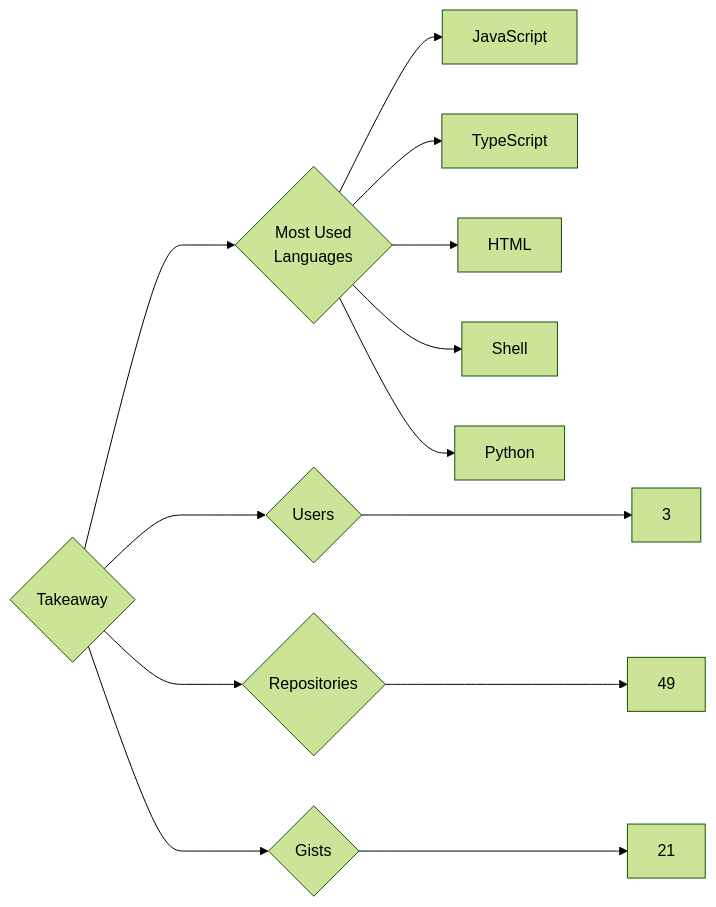
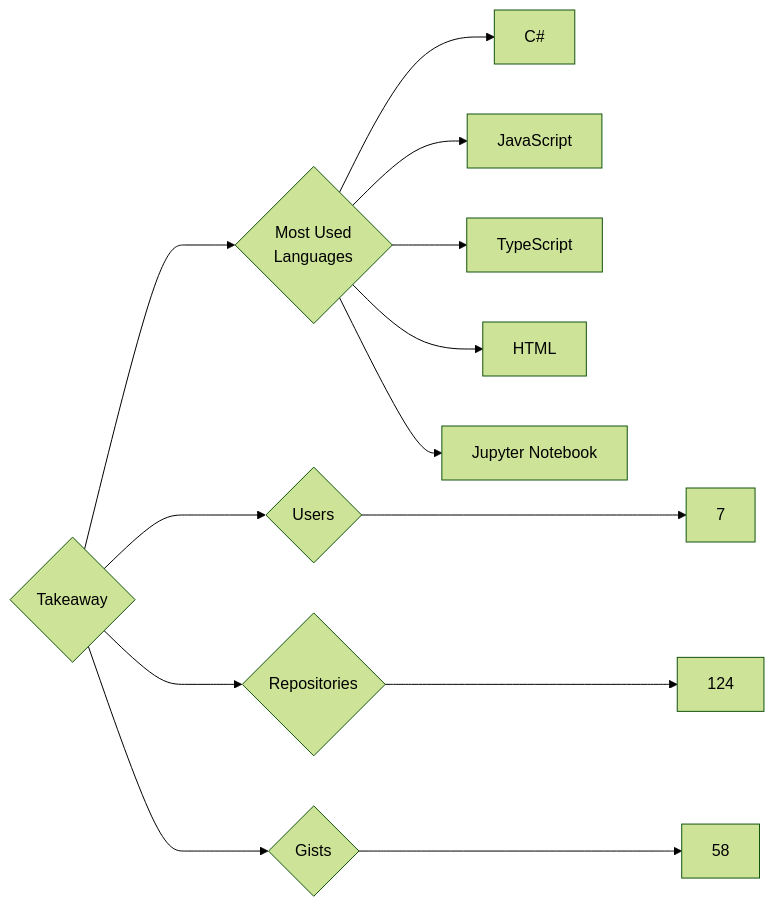
One commit to trickest/insiders changed the diagram in targets/Takeaway/README.md. Above: the diagram before and after it, drawn with Mermaid (forest theme). The commit also changed 799 other files, not shown here.

````diff
--- a/targets/Takeaway/README.md
+++ b/targets/Takeaway/README.md
@@ -3,13 +3,13 @@
 ```mermaid
 graph LR
 COMPANY_NAME{Takeaway}
-COMPANY_NAME ---> U{Users} ---> UN[3]
-COMPANY_NAME ---> R{Repositories} ---> RN[49]
-COMPANY_NAME ---> G{Gists} ---> GN[21]
+COMPANY_NAME ---> U{Users} ---> UN[7]
+COMPANY_NAME ---> R{Repositories} ---> RN[124]
+COMPANY_NAME ---> G{Gists} ---> GN[58]
 COMPANY_NAME ---> ML{Most Used<br>Languages}
+ML --> C#[C#]
 ML --> JavaScript[JavaScript]
 ML --> TypeScript[TypeScript]
 ML --> HTML[HTML]
-ML --> Shell[Shell]
-ML --> Python[Python]
+ML --> Jupyter_Notebook[Jupyter Notebook]
 ```
````
